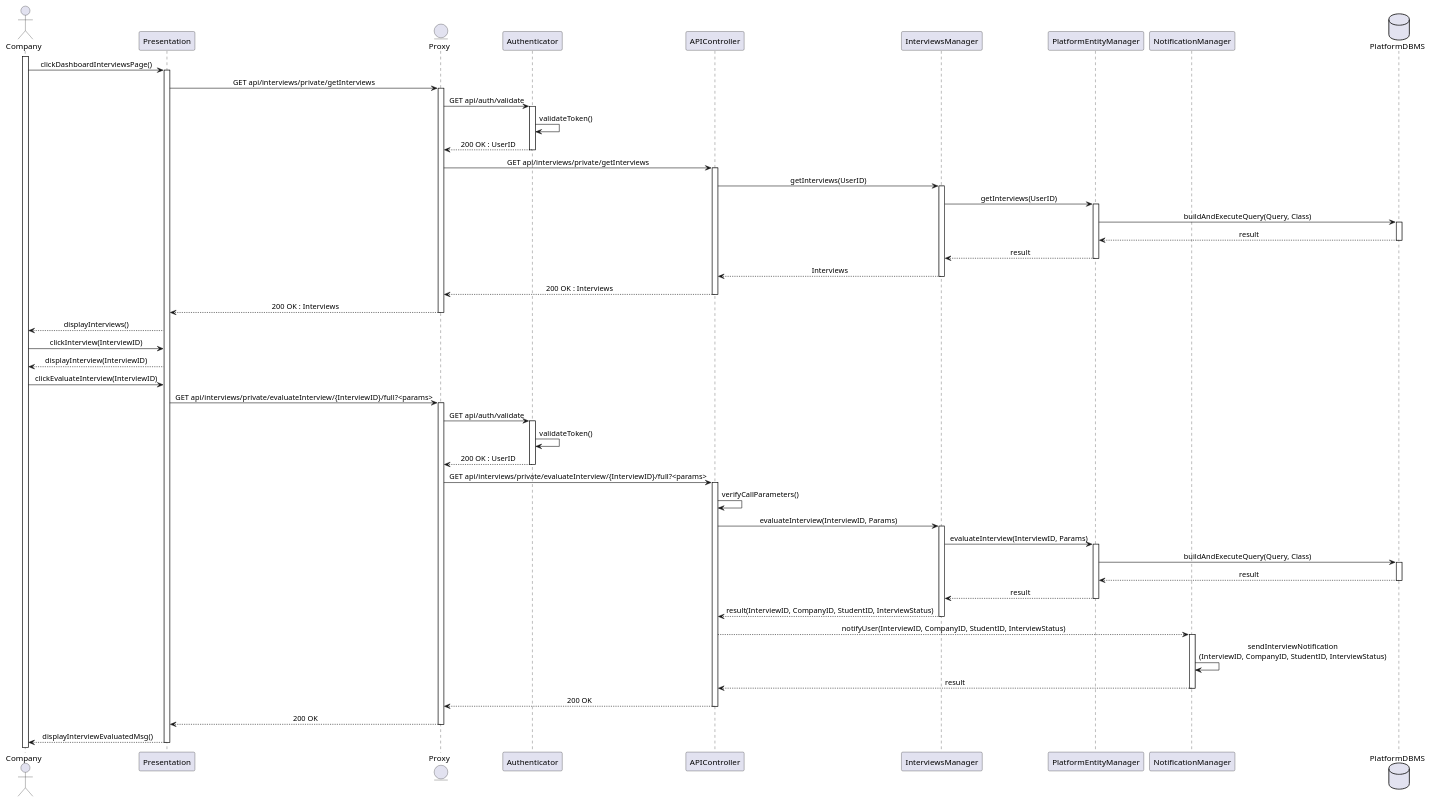
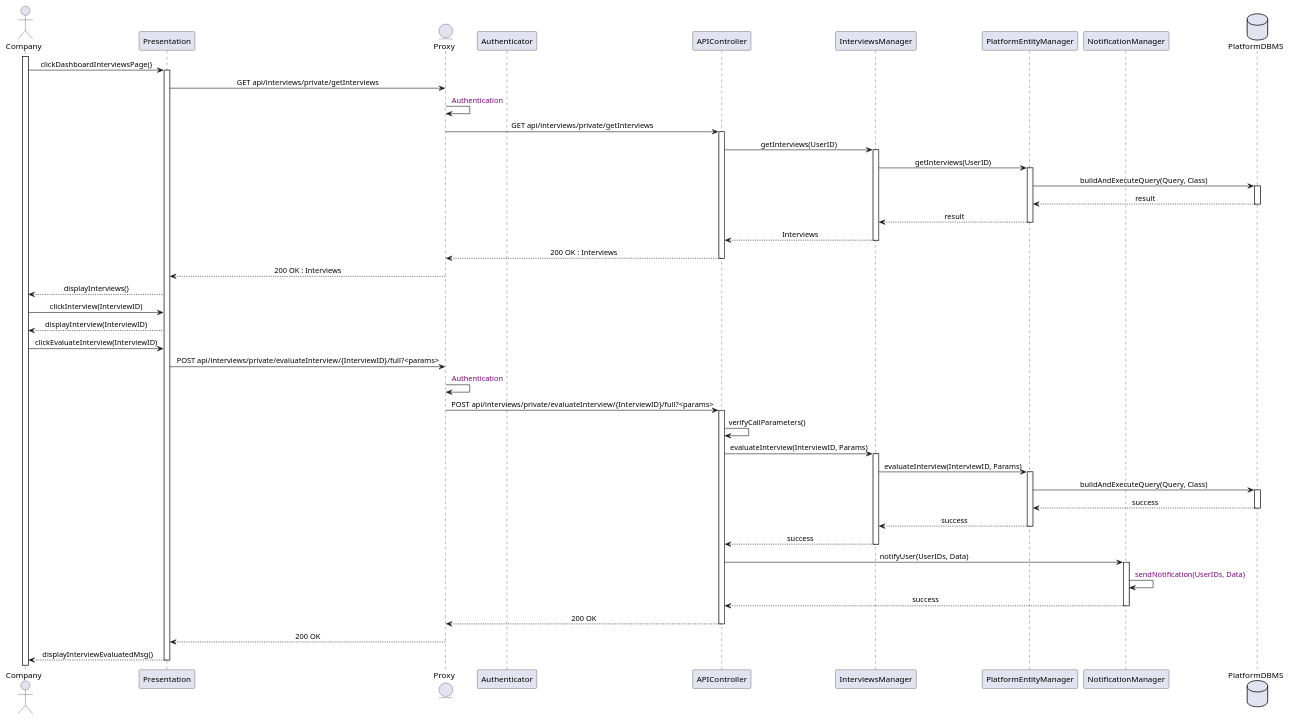
Before and after one commit to Slaitroc/RicciPaoliGrisoni: the diagram in Diagrams/SequenceDiagrams/DD/12CompanyEvaluatesInterview.wsd, drawn with PlantUML. The commit also changed 2 other files, not shown here.

Commit message:
start refactor of Sequence Diagram

```diff
--- a/Diagrams/SequenceDiagrams/DD/12CompanyEvaluatesInterview.wsd
+++ b/Diagrams/SequenceDiagrams/DD/12CompanyEvaluatesInterview.wsd
@@ -1,84 +1,76 @@
 @startuml CompanyEvaluatesInterview
 skinparam sequenceMessageAlign center
 actor       Company
 participant Presentation
 entity      Proxy
 participant Authenticator
 participant APIController
 participant InterviewsManager
 participant PlatformEntityManager
 participant NotificationManager 
 database    PlatformDBMS
 
 activate Company
 Company -> Presentation : clickDashboardInterviewsPage()
 activate Presentation
 Presentation -> Proxy : GET api/interviews/private/getInterviews
-activate Proxy
-Proxy -> Authenticator : GET api/auth/validate
-activate Authenticator
-Authenticator -> Authenticator : validateToken()
-Authenticator --> Proxy : 200 OK : UserID
-deactivate Authenticator
+Proxy -> Proxy : <color:purple> Authentication
 Proxy -> APIController : GET api/interviews/private/getInterviews
 activate APIController
 APIController -> InterviewsManager : getInterviews(UserID)
 activate InterviewsManager
 InterviewsManager -> PlatformEntityManager : getInterviews(UserID)
 activate PlatformEntityManager
 PlatformEntityManager -> PlatformDBMS : buildAndExecuteQuery(Query, Class)
 activate PlatformDBMS
 PlatformDBMS --> PlatformEntityManager : result
 deactivate PlatformDBMS
 PlatformEntityManager --> InterviewsManager : result
 deactivate PlatformEntityManager
 InterviewsManager --> APIController : Interviews
 deactivate InterviewsManager
 APIController --> Proxy : 200 OK : Interviews
 deactivate APIController
 Proxy --> Presentation : 200 OK : Interviews
 deactivate Proxy
 Presentation --> Company : displayInterviews()
 Company -> Presentation : clickInterview(InterviewID)
 Presentation --> Company : displayInterview(InterviewID)
 Company -> Presentation : clickEvaluateInterview(InterviewID)
-Presentation -> Proxy : GET api/interviews/private/evaluateInterview/{InterviewID}/full?<params>
-activate Proxy
-Proxy -> Authenticator : GET api/auth/validate
-activate Authenticator
-Authenticator -> Authenticator : validateToken()
-Authenticator --> Proxy : 200 OK : UserID
-deactivate Authenticator
-Proxy -> APIController : GET api/interviews/private/evaluateInterview/{InterviewID}/full?<params>
+'params are the evaluations for each question like 
+'{ "answer": [ { "questionID": 1}, {"evaluation": 5}, { "questionID": 2}, {"evaluation": 4} }
+Presentation -> Proxy : POST api/interviews/private/evaluateInterview/{InterviewID}/full?<params>
+Proxy -> Proxy : <color:purple> Authentication
+Proxy -> APIController : POST api/interviews/private/evaluateInterview/{InterviewID}/full?<params>
 activate APIController
 APIController -> APIController : verifyCallParameters()
 APIController -> InterviewsManager : evaluateInterview(InterviewID, Params)
 activate InterviewsManager
 InterviewsManager -> PlatformEntityManager : evaluateInterview(InterviewID, Params)
 activate PlatformEntityManager
 PlatformEntityManager -> PlatformDBMS : buildAndExecuteQuery(Query, Class)
 activate PlatformDBMS
-PlatformDBMS --> PlatformEntityManager : result
+PlatformDBMS --> PlatformEntityManager : success
 deactivate PlatformDBMS
-PlatformEntityManager --> InterviewsManager : result
+PlatformEntityManager --> InterviewsManager : success
 deactivate PlatformEntityManager
-InterviewsManager --> APIController : result(InterviewID, CompanyID, StudentID, InterviewStatus)
+InterviewsManager --> APIController : success
 deactivate InterviewsManager
-APIController --> NotificationManager : notifyUser(InterviewID, CompanyID, StudentID, InterviewStatus)
+APIController -> NotificationManager : notifyUser(UserIDs, Data)
 activate NotificationManager
-NotificationManager -> NotificationManager : sendInterviewNotification\n(InterviewID, CompanyID, StudentID, InterviewStatus)
-NotificationManager --> APIController : result
+NotificationManager -> NotificationManager : <color:purple> sendNotification(UserIDs, Data)
+NotificationManager --> APIController : success
 deactivate NotificationManager
 APIController --> Proxy : 200 OK
 deactivate APIController
 Proxy --> Presentation : 200 OK
 deactivate Proxy
 Presentation --> Company : displayInterviewEvaluatedMsg()
 deactivate Presentation
 
 
 
 
 
 
 @enduml
```
